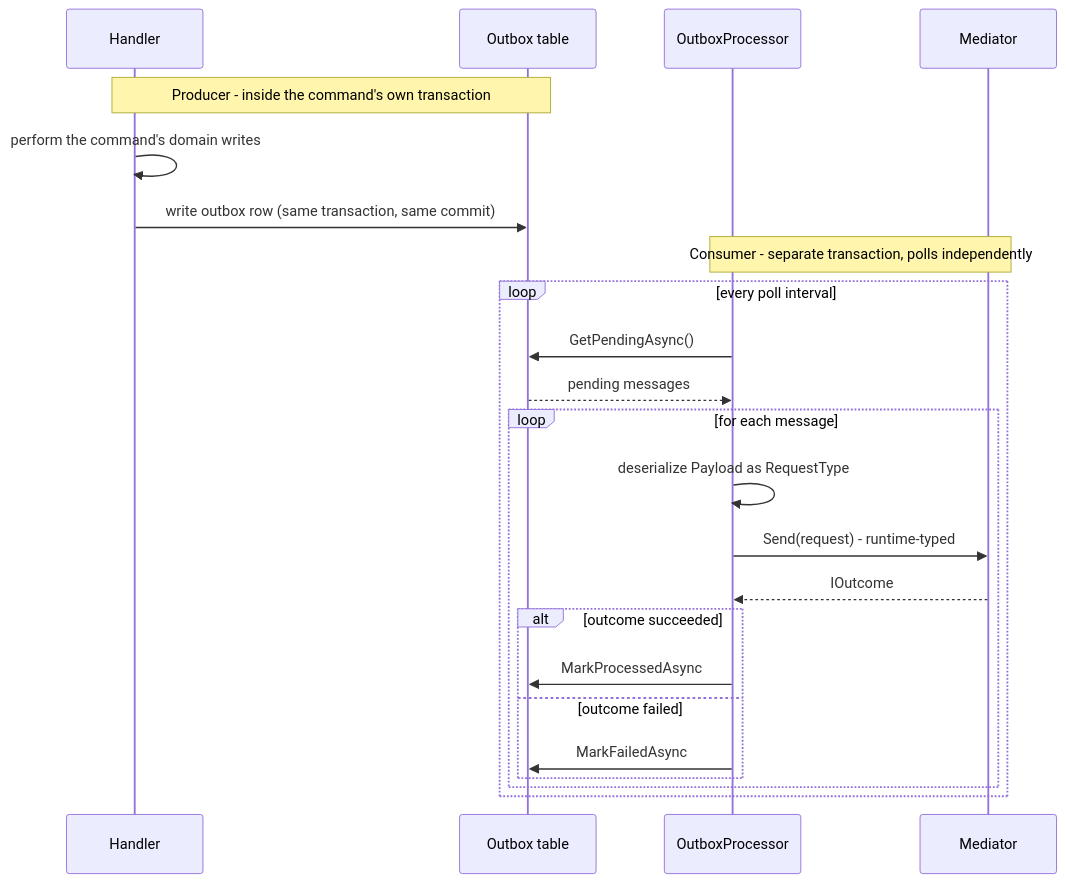
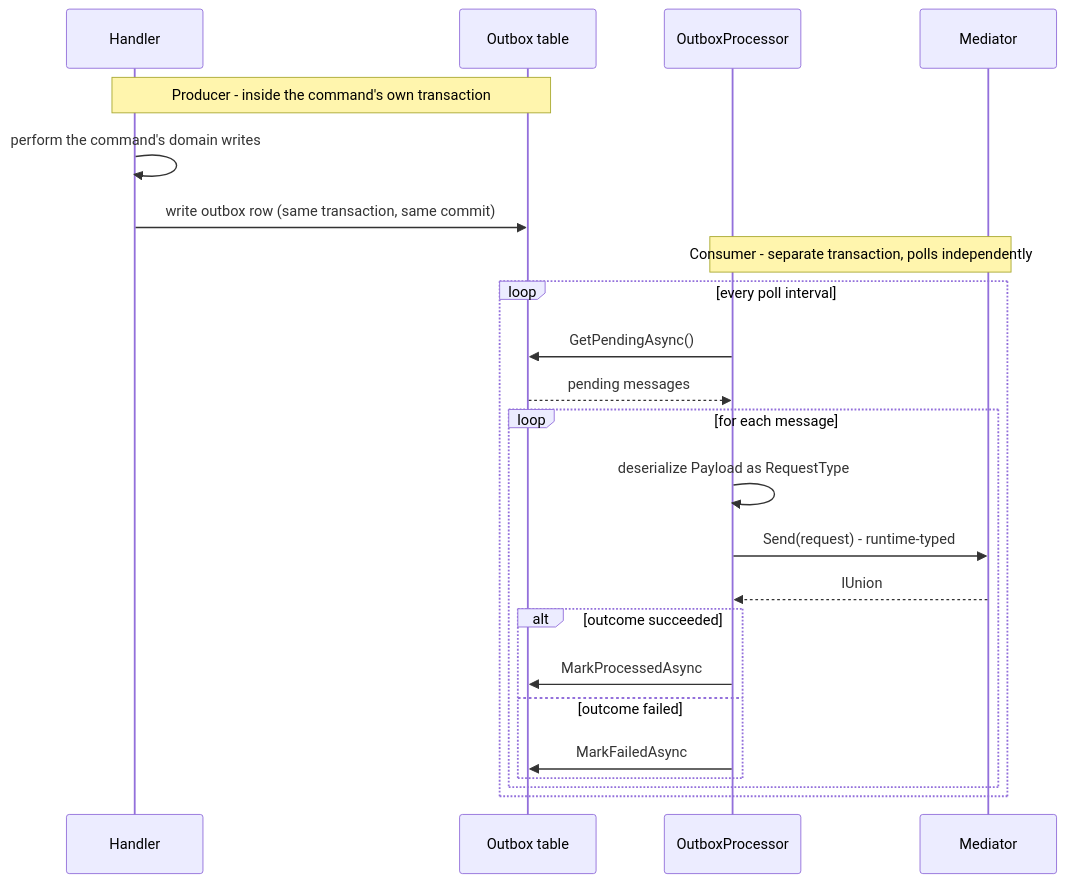
Before and after one commit to rheone/interlocutor: the first of 2 diagrams in documentation/runtime-typed-dispatch.md, drawn with Mermaid. The commit also changed other lines of this file and 45 other files, not shown here.

````diff
--- a/documentation/runtime-typed-dispatch.md
+++ b/documentation/runtime-typed-dispatch.md
@@ -51,27 +54,27 @@
 ```mermaid
 sequenceDiagram
     participant Handler
     participant OutboxTable as Outbox table
     participant Processor as OutboxProcessor
     participant Mediator
 
     Note over Handler,OutboxTable: Producer - inside the command's own transaction
     Handler->>Handler: perform the command's domain writes
     Handler->>OutboxTable: write outbox row (same transaction, same commit)
 
     Note over Processor,Mediator: Consumer - separate transaction, polls independently
     loop every poll interval
         Processor->>OutboxTable: GetPendingAsync()
         OutboxTable-->>Processor: pending messages
         loop for each message
             Processor->>Processor: deserialize Payload as RequestType
             Processor->>Mediator: Send(request) - runtime-typed
-            Mediator-->>Processor: IOutcome
+            Mediator-->>Processor: IUnion
             alt outcome succeeded
                 Processor->>OutboxTable: MarkProcessedAsync
             else outcome failed
                 Processor->>OutboxTable: MarkFailedAsync
             end
         end
     end
 ```
````
